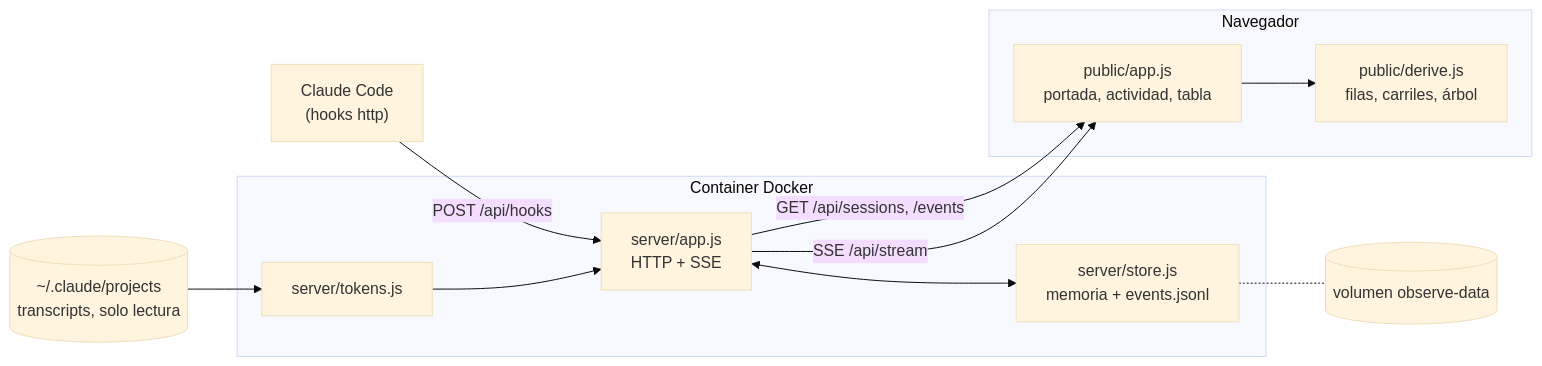
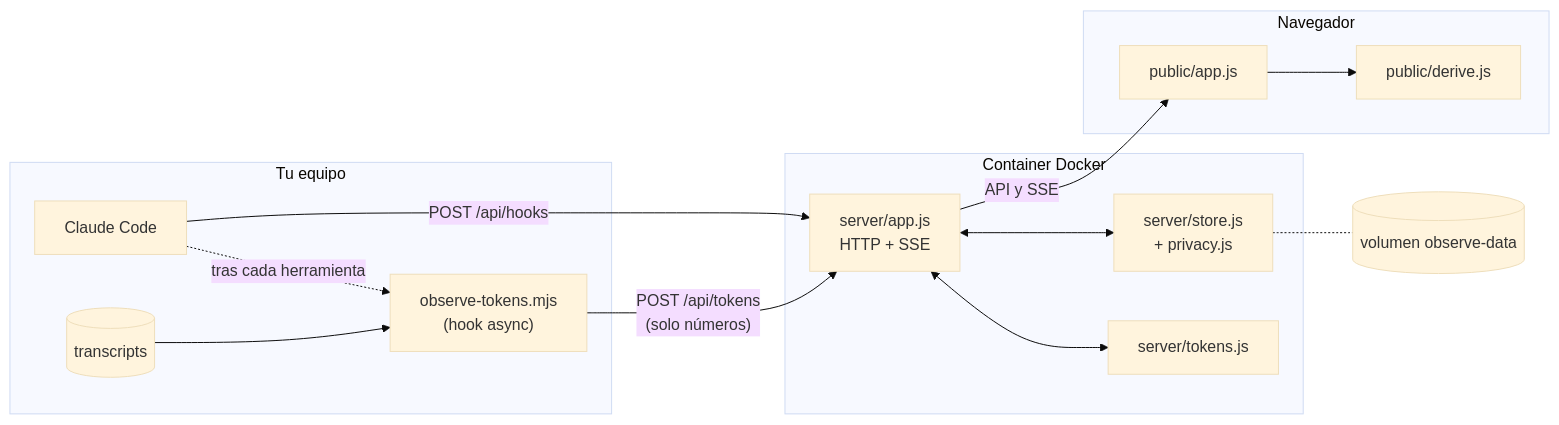
Before and after one commit to AlexDBdevops/ominous-agent-observe: the diagram in README.md, drawn with Mermaid (base theme). The commit also changed other lines of this file and 20 other files, not shown here.

First line of the commit message:
Privacidad: datos mínimos, tokens sin leer conversaciones e instalador de hooks (#5)

````diff
--- a/README.md
+++ b/README.md
@@ -68,15 +90,21 @@
 ```mermaid
 flowchart LR
-  CC["Claude Code<br/>(hooks http)"] -- "POST /api/hooks" --> APP
+  subgraph equipo ["Tu equipo"]
+    CC["Claude Code"]
+    HK["observe-tokens.mjs<br/>(hook async)"]
+    TR[("transcripts")]
+  end
+  CC -- "POST /api/hooks" --> APP
+  CC -. "tras cada herramienta" .-> HK
+  TR --> HK
+  HK -- "POST /api/tokens<br/>(solo números)" --> APP
   subgraph container ["Container Docker"]
-    APP["server/app.js<br/>HTTP + SSE"] <--> STORE["server/store.js<br/>memoria + events.jsonl"]
-    TOK["server/tokens.js"] --> APP
+    APP["server/app.js<br/>HTTP + SSE"] <--> STORE["server/store.js<br/>+ privacy.js"]
+    APP <--> TOK["server/tokens.js"]
   end
-  TR[("~/.claude/projects<br/>transcripts, solo lectura")] --> TOK
   STORE -.- VOL[("volumen observe-data")]
-  APP -- "GET /api/sessions, /events" --> UI
-  APP -- "SSE /api/stream" --> UI
+  APP -- "API y SSE" --> UI
   subgraph navegador ["Navegador"]
-    UI["public/app.js<br/>portada, actividad, tabla"] --> DER["public/derive.js<br/>filas, carriles, árbol"]
+    UI["public/app.js"] --> DER["public/derive.js"]
   end
 ```
````
